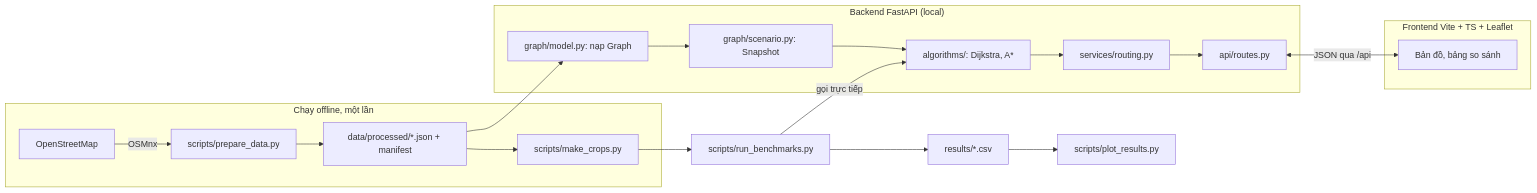
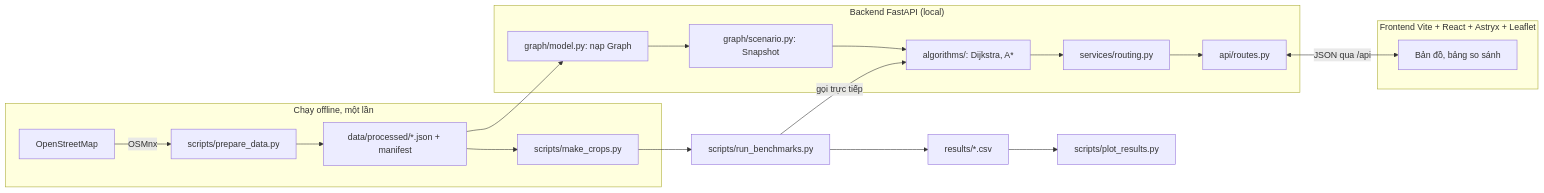
The diagram in docs/ARCHITECTURE.md (NeitLN/SaiGo), drawn with Mermaid before and after one commit. The commit also changed other lines of this file and 7 other files, not shown here.

````diff
--- a/docs/ARCHITECTURE.md
+++ b/docs/ARCHITECTURE.md
@@ -7,22 +7,22 @@
 ```mermaid
 flowchart LR
     subgraph Offline["Chạy offline, một lần"]
         OSM["OpenStreetMap"] -->|OSMnx| PREP["scripts/prepare_data.py"]
         PREP --> JSON["data/processed/*.json + manifest"]
         JSON --> CROP["scripts/make_crops.py"]
     end
     subgraph Server["Backend FastAPI (local)"]
         LOAD["graph/model.py: nạp Graph"] --> SNAP["graph/scenario.py: Snapshot"]
         SNAP --> ALG["algorithms/: Dijkstra, A*"]
         ALG --> SVC["services/routing.py"]
         SVC --> API["api/routes.py"]
     end
-    subgraph Browser["Frontend Vite + TS + Leaflet"]
+    subgraph Browser["Frontend Vite + React + Astryx + Leaflet"]
         UI["Bản đồ, bảng so sánh"]
     end
     JSON --> LOAD
     API <-->|JSON qua /api| UI
     CROP --> BENCH["scripts/run_benchmarks.py"]
     BENCH -->|gọi trực tiếp| ALG
     BENCH --> RES["results/*.csv"] --> PLOT["scripts/plot_results.py"]
 ```
````
